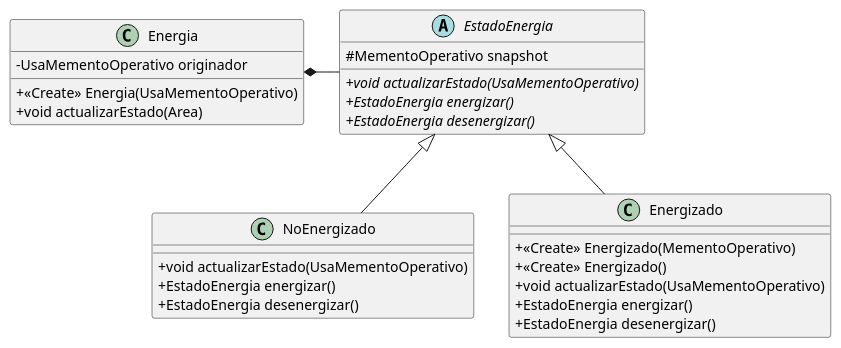
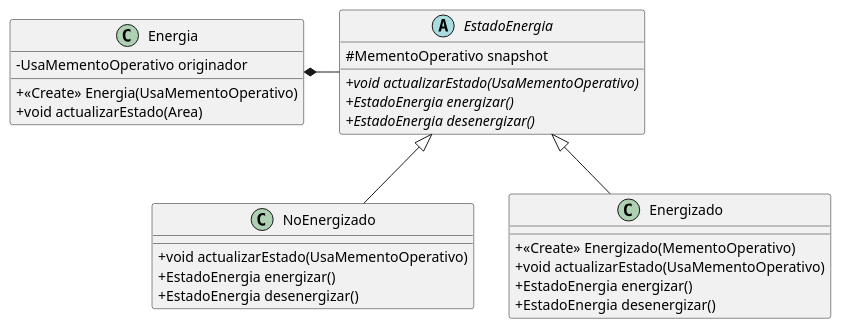
One commit to RDJulian/algo3-tp2-11-202202c changed the diagram in diagrams/classes/clases/entidades/Energia.puml. Above: the diagram before and after it, drawn with PlantUML. The commit also changed 74 other files, not shown here.

Commit message:
feat: Diagramas de clase.

```diff
--- a/diagrams/classes/clases/entidades/Energia.puml
+++ b/diagrams/classes/clases/entidades/Energia.puml
@@ -1,31 +1,30 @@
 @startuml
 skinparam classAttributeIconSize 0
 class NoEnergizado {
 + void actualizarEstado(UsaMementoOperativo)
 + EstadoEnergia energizar()
 + EstadoEnergia desenergizar()
 }
 class Energia {
 - UsaMementoOperativo originador
 + <<Create>> Energia(UsaMementoOperativo)
 + void actualizarEstado(Area)
 }
 class Energizado {
 + <<Create>> Energizado(MementoOperativo)
-+ <<Create>> Energizado()
 + void actualizarEstado(UsaMementoOperativo)
 + EstadoEnergia energizar()
 + EstadoEnergia desenergizar()
 }
 abstract class EstadoEnergia {
 # MementoOperativo snapshot
 + {abstract}void actualizarEstado(UsaMementoOperativo)
 + {abstract}EstadoEnergia energizar()
 + {abstract}EstadoEnergia desenergizar()
 }
 
 
 EstadoEnergia <|-- NoEnergizado
 EstadoEnergia <|-- Energizado
 EstadoEnergia -left-* Energia
 @enduml
```
